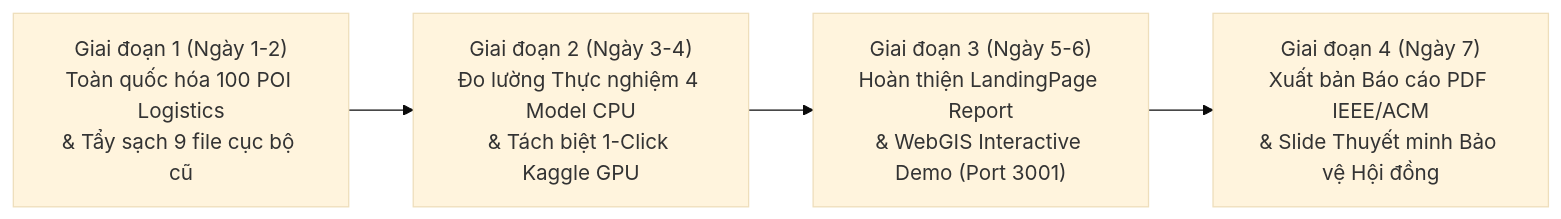
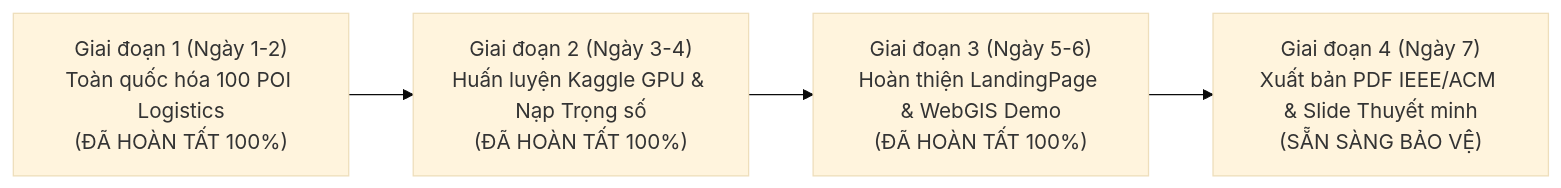
The second of 2 diagrams in PLAN.md (philipsgn/HotWAY), drawn with Mermaid (base theme) before and after one commit. The commit also changed other lines of this file and 8 other files, not shown here.

Commit message:
docs(defense): synchronize v7.3.2 documentation, upgrade IEEE/ACM PDF report, and add Production Demo Runbook

````diff
--- a/PLAN.md
+++ b/PLAN.md
@@ -40,6 +40,6 @@
 ```mermaid
 flowchart LR
-    P1["Giai đoạn 1 (Ngày 1-2)\nToàn quốc hóa 100 POI Logistics\n& Tẩy sạch 9 file cục bộ cũ"] --> P2["Giai đoạn 2 (Ngày 3-4)\nĐo lường Thực nghiệm 4 Model CPU\n& Tách biệt 1-Click Kaggle GPU"]
-    P2 --> P3["Giai đoạn 3 (Ngày 5-6)\nHoàn thiện LandingPage Report\n& WebGIS Interactive Demo (Port 3001)"]
-    P3 --> P4["Giai đoạn 4 (Ngày 7)\nXuất bản Báo cáo PDF IEEE/ACM\n& Slide Thuyết minh Bảo vệ Hội đồng"]
+    P1["Giai đoạn 1 (Ngày 1-2)\nToàn quốc hóa 100 POI Logistics\n(ĐÃ HOÀN TẤT 100%)"] --> P2["Giai đoạn 2 (Ngày 3-4)\nHuấn luyện Kaggle GPU & Nạp Trọng số\n(ĐÃ HOÀN TẤT 100%)"]
+    P2 --> P3["Giai đoạn 3 (Ngày 5-6)\nHoàn thiện LandingPage & WebGIS Demo\n(ĐÃ HOÀN TẤT 100%)"]
+    P3 --> P4["Giai đoạn 4 (Ngày 7)\nXuất bản PDF IEEE/ACM & Slide Thuyết minh\n(SẴN SÀNG BẢO VỆ)"]
 ```
````
